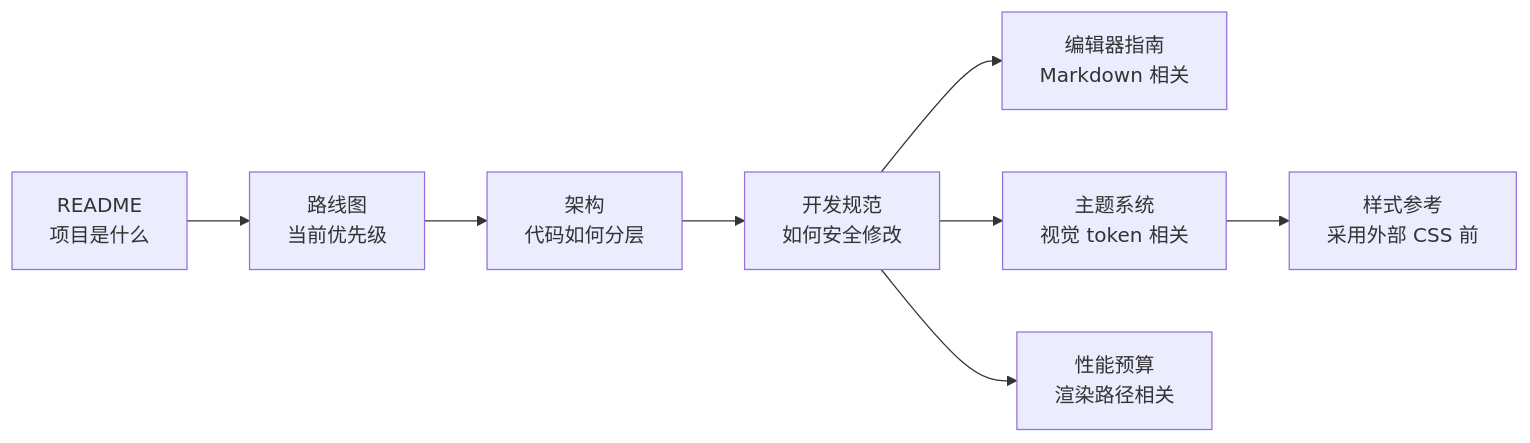
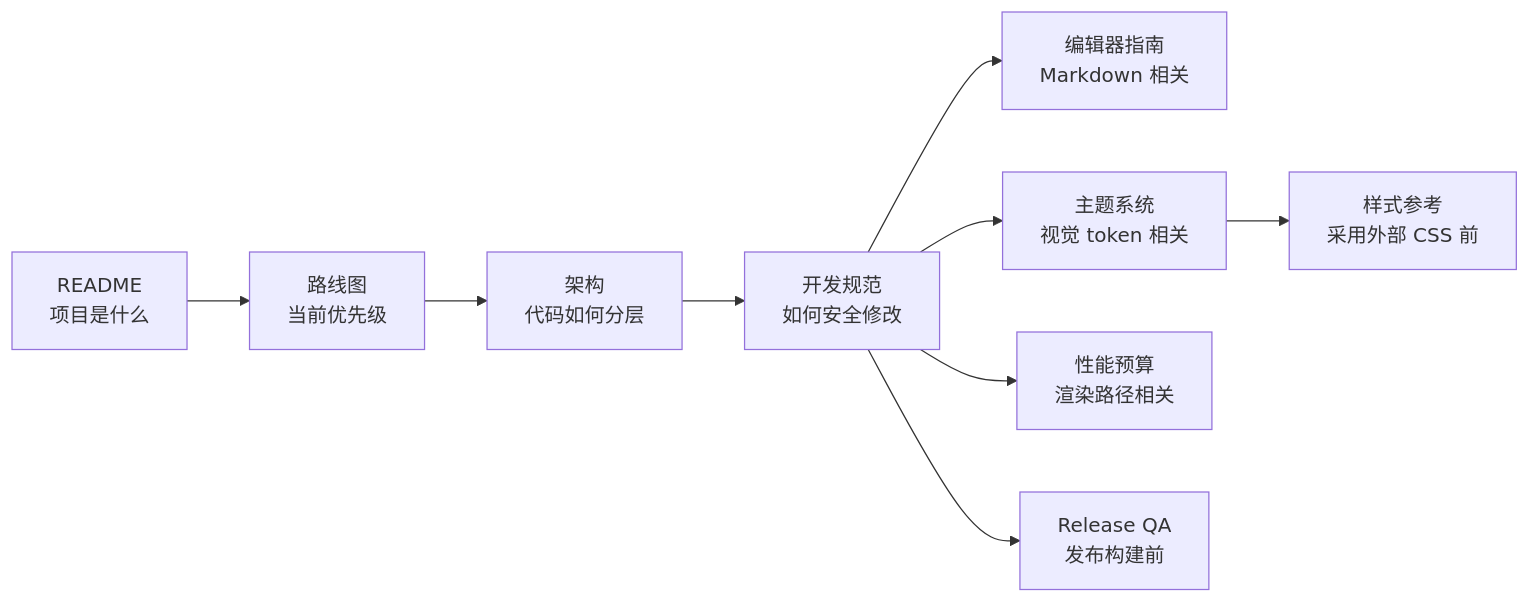
Before and after one commit to Youzi2233/papyro: the diagram in docs/zh-CN/README.md, drawn with Mermaid. The commit also changed other lines of this file and 7 other files, not shown here.

````diff
--- a/docs/zh-CN/README.md
+++ b/docs/zh-CN/README.md
@@ -22,17 +23,19 @@
 ```mermaid
 flowchart LR
     readme["README<br/>项目是什么"]
     roadmap["路线图<br/>当前优先级"]
     architecture["架构<br/>代码如何分层"]
     development["开发规范<br/>如何安全修改"]
     editor["编辑器指南<br/>Markdown 相关"]
     themes["主题系统<br/>视觉 token 相关"]
     references["样式参考<br/>采用外部 CSS 前"]
     performance["性能预算<br/>渲染路径相关"]
+    release["Release QA<br/>发布构建前"]
 
     readme --> roadmap --> architecture --> development
     development --> editor
     development --> themes
     themes --> references
     development --> performance
+    development --> release
 ```
````
